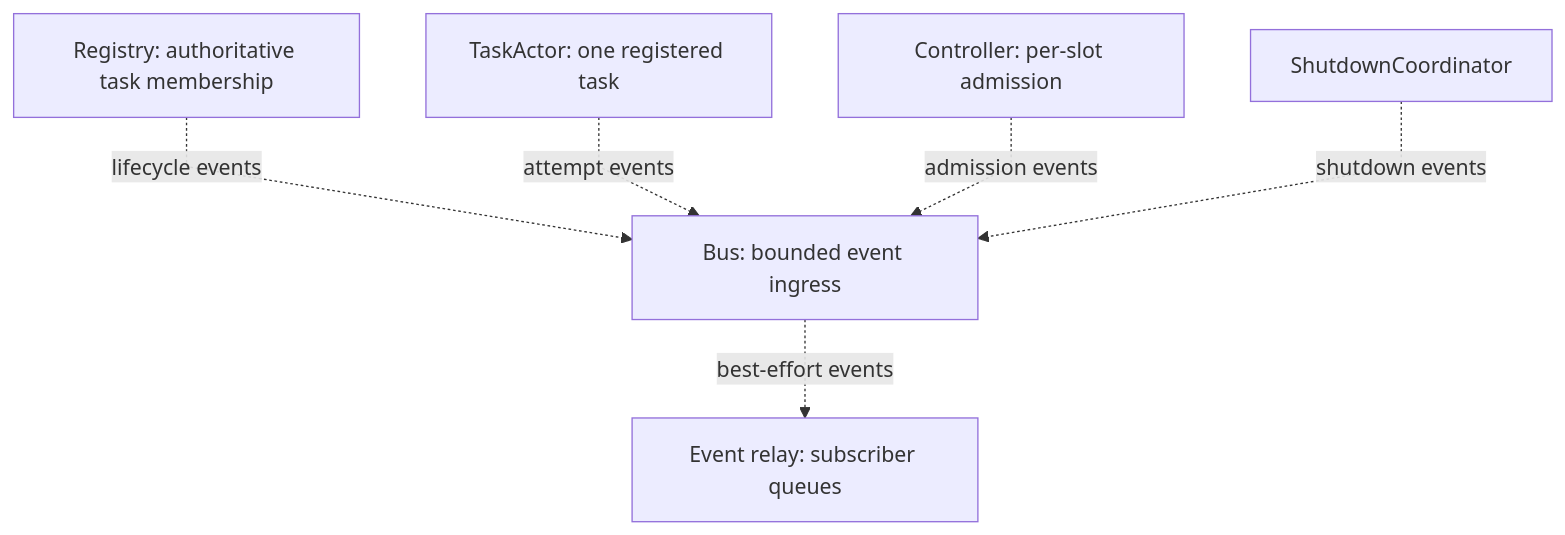
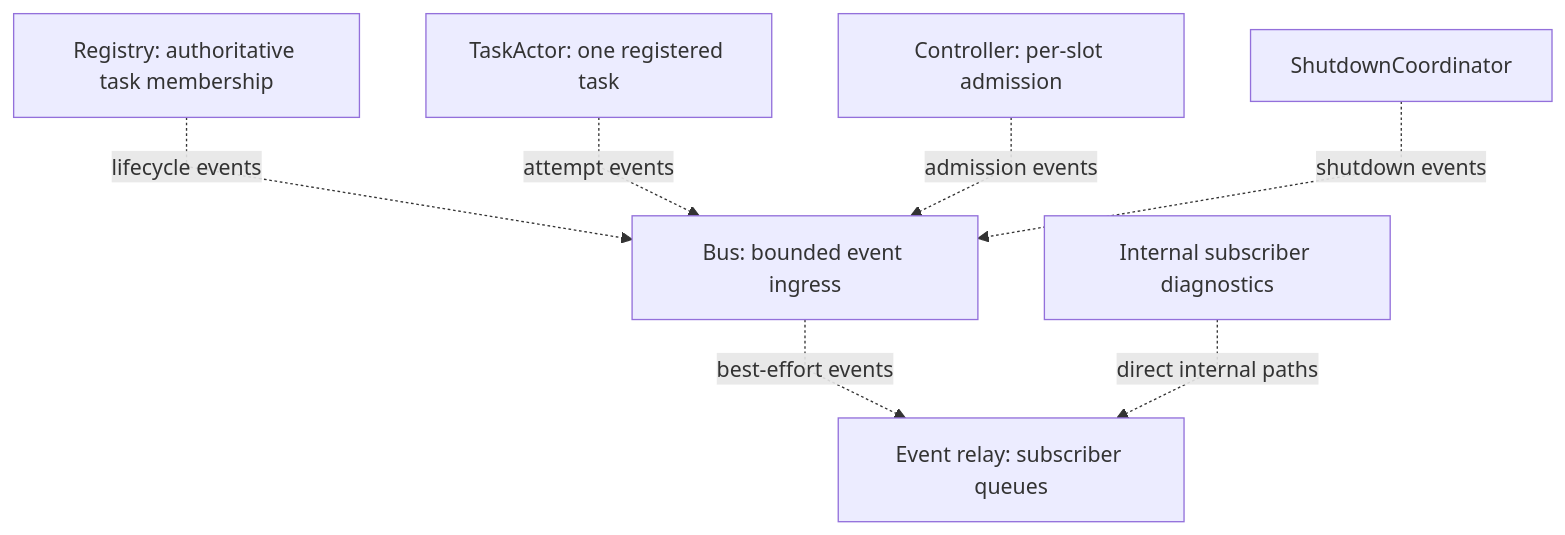
The third of 10 diagrams in src/ARCHITECTURE.md (soltiHQ/taskvisor), drawn with Mermaid before and after one commit. The commit also changed other lines of this file and 166 other files, not shown here.

````diff
--- a/src/ARCHITECTURE.md
+++ b/src/ARCHITECTURE.md
@@ -85,16 +112,18 @@
 ```mermaid
 %%{init: {"flowchart": {"curve": "linear"}}}%%
 flowchart TB
     Registry["Registry: authoritative task membership"]
     Actor["TaskActor: one registered task"]
     Controller["Controller: per-slot admission"]
     Shutdown["ShutdownCoordinator"]
     Bus["Bus: bounded event ingress"]
     Observability["Event relay: subscriber queues"]
+    Diagnostics["Internal subscriber diagnostics"]
 
     Registry -. lifecycle events .-> Bus
     Actor -. attempt events .-> Bus
     Controller -. admission events .-> Bus
     Shutdown -. shutdown events .-> Bus
     Bus -. best-effort events .-> Observability
+    Diagnostics -. direct internal paths .-> Observability
 ```
````
